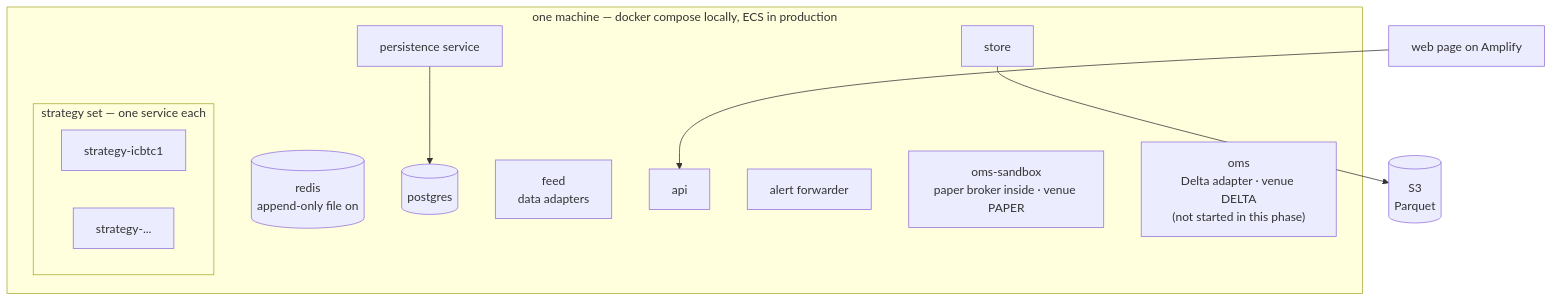
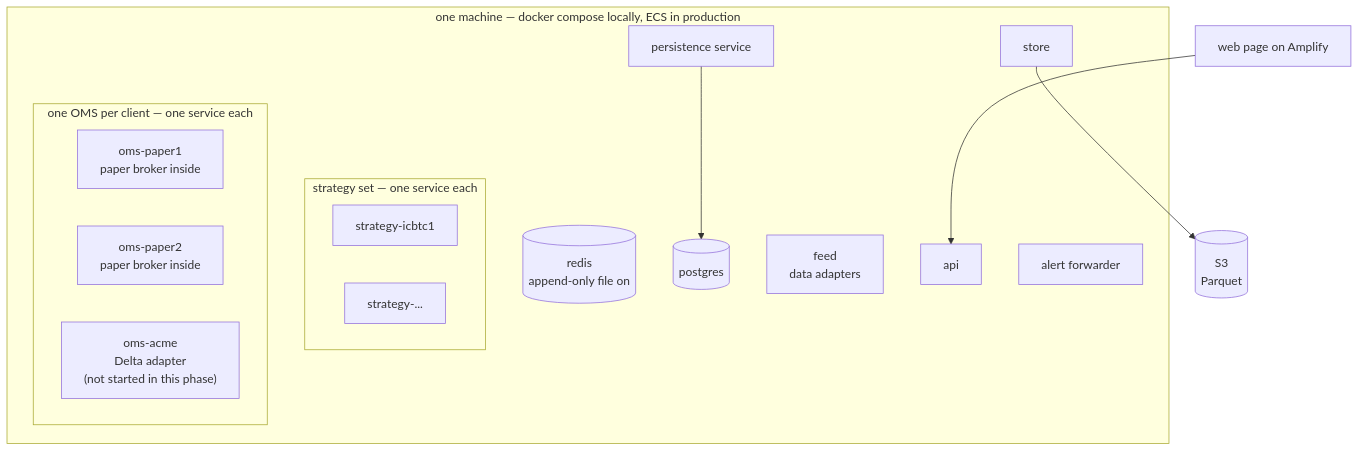
Before and after one commit to lalitkarthik/delta-exchange-payoff: the diagram in docs/design/execution/operations.md, drawn with Mermaid. The commit also changed other lines of this file and 10 other files, not shown here.

Commit message:
The execution design becomes multi-client: one OMS per client, subscriptions in strategy units, per-client risk

````diff
--- a/docs/design/execution/operations.md
+++ b/docs/design/execution/operations.md
@@ -16,17 +16,19 @@
 ```mermaid
 flowchart TB
   subgraph M["one machine — docker compose locally, ECS in production"]
     R[("redis<br/>append-only file on")]
     PG[("postgres")]
     PS["persistence service"]
     F["feed<br/>data adapters"]; ST["store"]; API["api"]; DC["alert forwarder"]
     subgraph SS["strategy set — one service each"]
       S1["strategy-icbtc1"]; S2["strategy-..."]
     end
-    OS["oms-sandbox<br/>paper broker inside · venue PAPER"]
-    OL["oms<br/>Delta adapter · venue DELTA<br/>(not started in this phase)"]
+    subgraph CL["one OMS per client — one service each"]
+      OS["oms-paper1<br/>paper broker inside"]; OS2["oms-paper2<br/>paper broker inside"]
+      OL["oms-acme<br/>Delta adapter<br/>(not started in this phase)"]
+    end
   end
   W["web page on Amplify"] --> API
   PS --> PG
   ST --> S3[("S3<br/>Parquet")]
 ```
````
